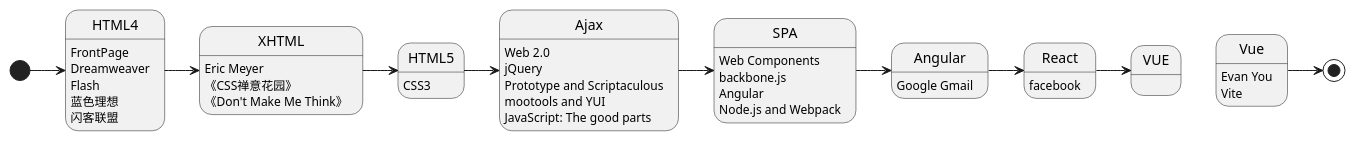
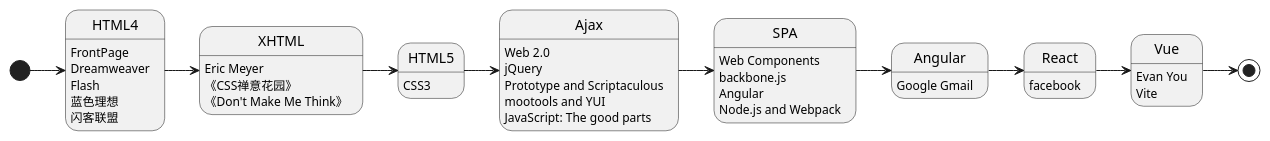
The diagram in docs/static/img/html-memoir.plantuml (kaffa/kaffa), drawn with PlantUML before and after one commit. The commit also changed 4 other files, not shown here.

```diff
--- a/docs/static/img/html-memoir.plantuml
+++ b/docs/static/img/html-memoir.plantuml
@@ -1,36 +1,36 @@
 @startuml
 
 [*] -> HTML4
 HTML4 -> XHTML
 XHTML -> HTML5
 HTML5 -> Ajax
 Ajax -> SPA
 SPA -> Angular
 Angular -> React
-React -> VUE
+React -> Vue
 Vue -> [*]
 
 HTML4: FrontPage
 HTML4: Dreamweaver
 HTML4: Flash
 HTML4: 蓝色理想
 HTML4: 闪客联盟
 XHTML: Eric Meyer
 XHTML: 《CSS禅意花园》
 XHTML: 《Don't Make Me Think》
 HTML5: CSS3
 Ajax: Web 2.0
 Ajax: jQuery
 Ajax: Prototype and Scriptaculous
 Ajax: mootools and YUI
 Ajax: JavaScript: The good parts
 SPA: Web Components
 SPA: backbone.js
 SPA: Angular
 SPA: Node.js and Webpack
 Angular: Google Gmail
 React: facebook
 Vue: Evan You
 Vue: Vite
 
 @enduml
```
